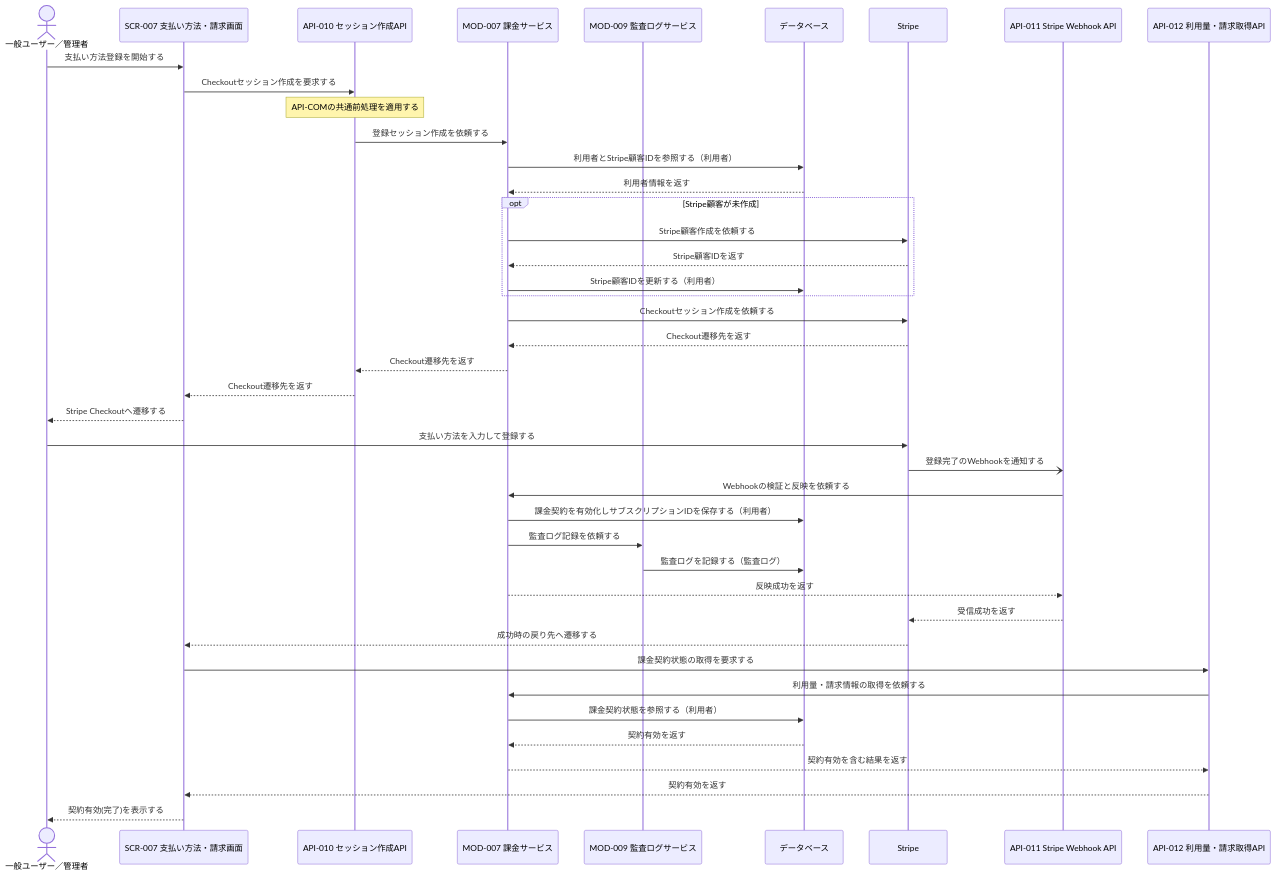
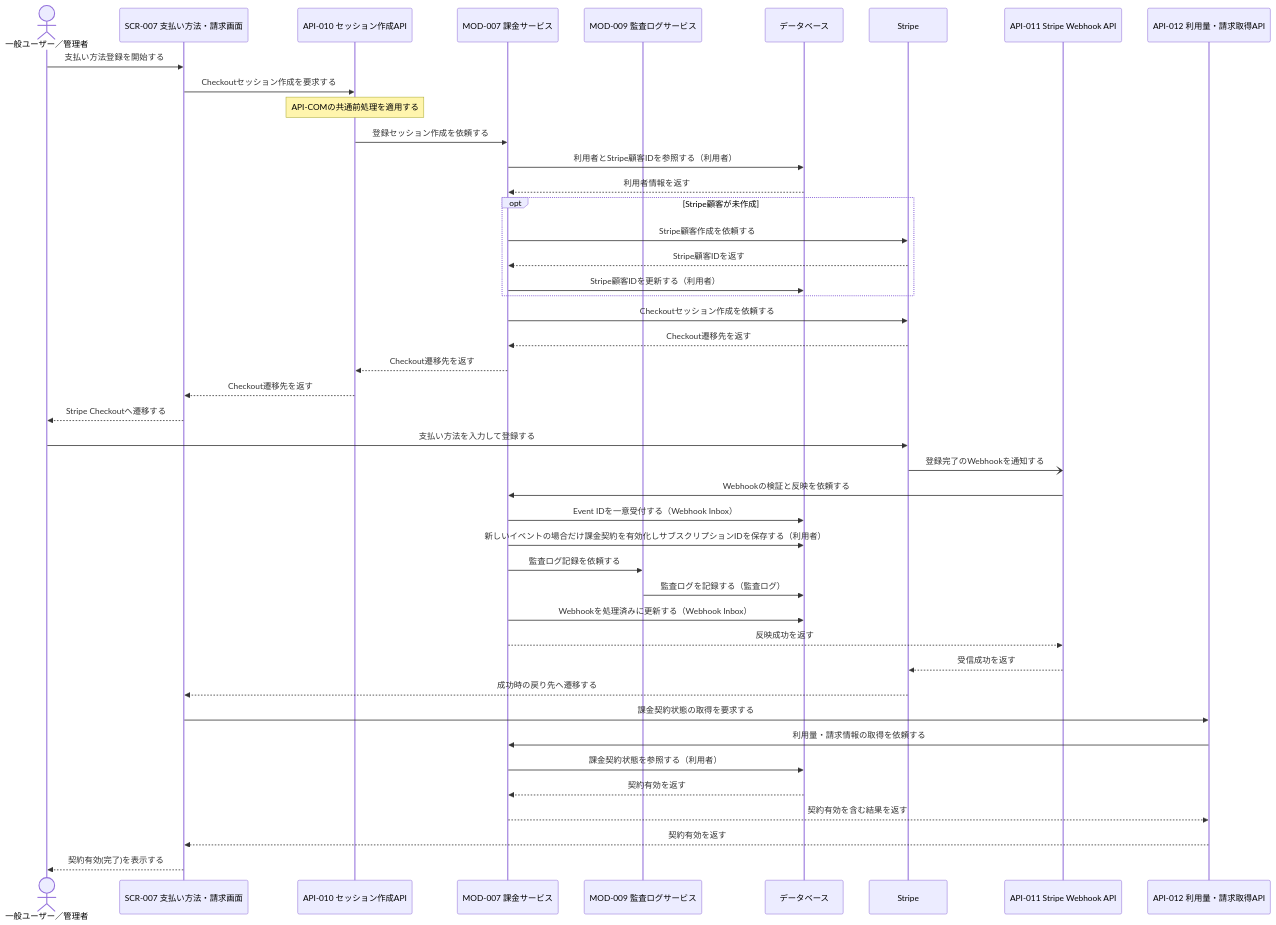
The first of 3 diagrams in docs/03_機能設計/02_シーケンス設計/SEQ-004_支払い方法登録シーケンス.md (sikakou54/system-document-template), drawn with Mermaid before and after one commit. The commit also changed other lines of this file and 99 other files, not shown here.

````diff
--- a/docs/03_機能設計/02_シーケンス設計/SEQ-004_支払い方法登録シーケンス.md
+++ b/docs/03_機能設計/02_シーケンス設計/SEQ-004_支払い方法登録シーケンス.md
@@ -43,45 +43,47 @@
 ```mermaid
 sequenceDiagram
     actor U as 一般ユーザー／管理者
     participant UI as SCR-007 支払い方法・請求画面
     participant API10 as API-010 セッション作成API
     participant MOD as MOD-007 課金サービス
     participant AUDIT as MOD-009 監査ログサービス
     participant DB as データベース
     participant STR as Stripe
     participant API11 as API-011 Stripe Webhook API
     participant API12 as API-012 利用量・請求取得API
 
     U->>UI: 支払い方法登録を開始する
     UI->>API10: Checkoutセッション作成を要求する
     Note over API10: API-COMの共通前処理を適用する
     API10->>MOD: 登録セッション作成を依頼する
     MOD->>DB: 利用者とStripe顧客IDを参照する（利用者）
     DB-->>MOD: 利用者情報を返す
     opt Stripe顧客が未作成
         MOD->>STR: Stripe顧客作成を依頼する
         STR-->>MOD: Stripe顧客IDを返す
         MOD->>DB: Stripe顧客IDを更新する（利用者）
     end
     MOD->>STR: Checkoutセッション作成を依頼する
     STR-->>MOD: Checkout遷移先を返す
     MOD-->>API10: Checkout遷移先を返す
     API10-->>UI: Checkout遷移先を返す
     UI-->>U: Stripe Checkoutへ遷移する
     U->>STR: 支払い方法を入力して登録する
     STR-)API11: 登録完了のWebhookを通知する
     API11->>MOD: Webhookの検証と反映を依頼する
-    MOD->>DB: 課金契約を有効化しサブスクリプションIDを保存する（利用者）
+    MOD->>DB: Event IDを一意受付する（Webhook Inbox）
+    MOD->>DB: 新しいイベントの場合だけ課金契約を有効化しサブスクリプションIDを保存する（利用者）
     MOD->>AUDIT: 監査ログ記録を依頼する
     AUDIT->>DB: 監査ログを記録する（監査ログ）
+    MOD->>DB: Webhookを処理済みに更新する（Webhook Inbox）
     MOD-->>API11: 反映成功を返す
     API11-->>STR: 受信成功を返す
     STR-->>UI: 成功時の戻り先へ遷移する
     UI->>API12: 課金契約状態の取得を要求する
     API12->>MOD: 利用量・請求情報の取得を依頼する
     MOD->>DB: 課金契約状態を参照する（利用者）
     DB-->>MOD: 契約有効を返す
     MOD-->>API12: 契約有効を含む結果を返す
     API12-->>UI: 契約有効を返す
     UI-->>U: 契約有効(完了)を表示する
 ```
````
